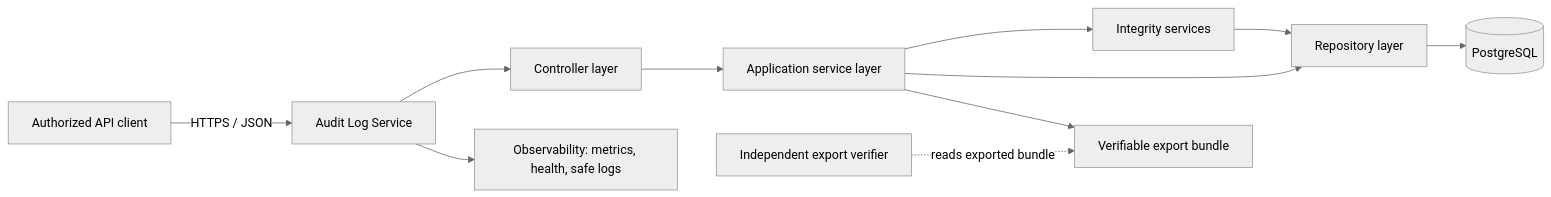
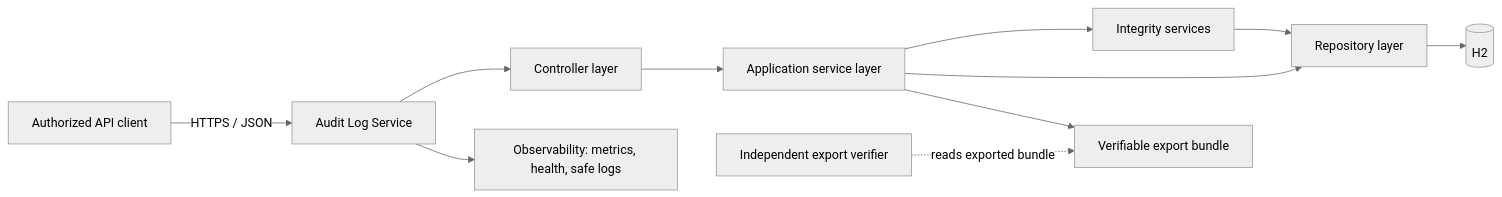
One commit to hrushikeshnukala0501-gif/audit-log-service changed the first of 4 diagrams in docs/architecture.md. Above: the diagram before and after it, drawn with Mermaid (neutral theme). The commit also changed other lines of this file and 9 other files, not shown here.

````diff
--- a/docs/architecture.md
+++ b/docs/architecture.md
@@ -11,14 +11,14 @@
 ```mermaid
 flowchart LR
     C["Authorized API client"] -->|"HTTPS / JSON"| API["Audit Log Service"]
     API --> CTRL["Controller layer"]
     CTRL --> APP["Application service layer"]
     APP --> INT["Integrity services"]
     APP --> REPO["Repository layer"]
     INT --> REPO
-    REPO --> DB[("PostgreSQL")]
+    REPO --> DB[("H2")]
     API --> OBS["Observability: metrics, health, safe logs"]
 
     EXP["Independent export verifier"] -. "reads exported bundle" .-> BUNDLE["Verifiable export bundle"]
     APP --> BUNDLE
 ```
````
